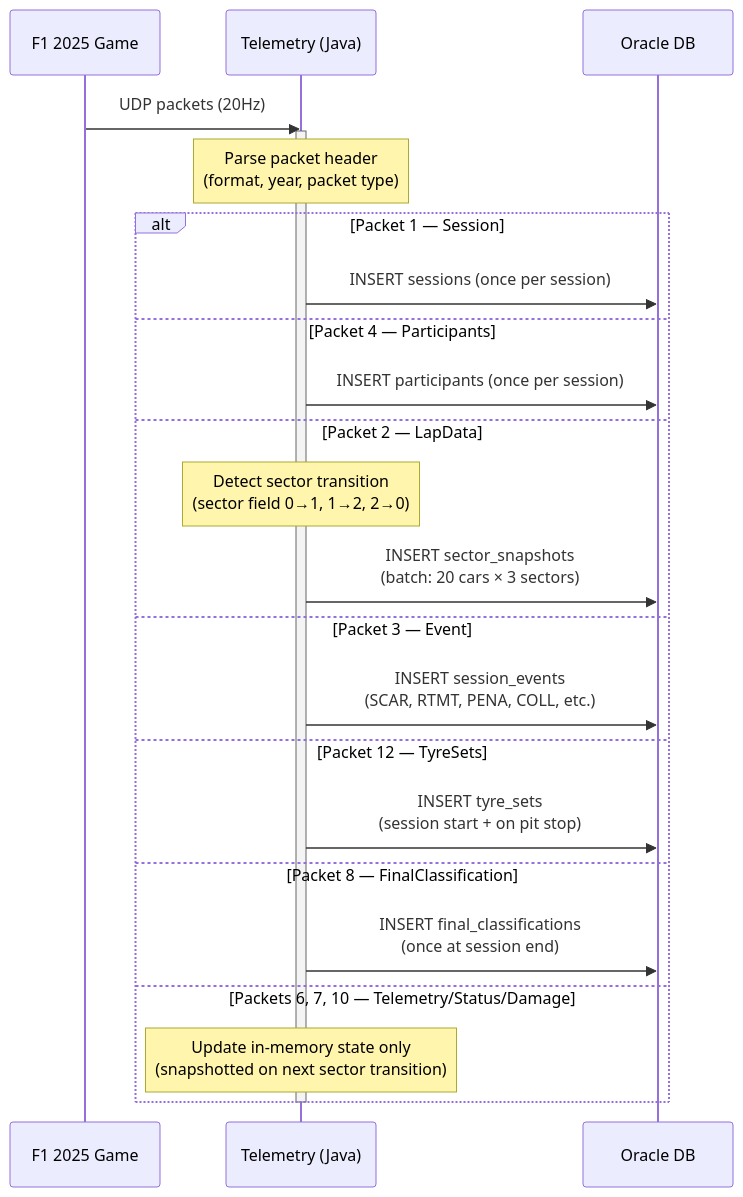
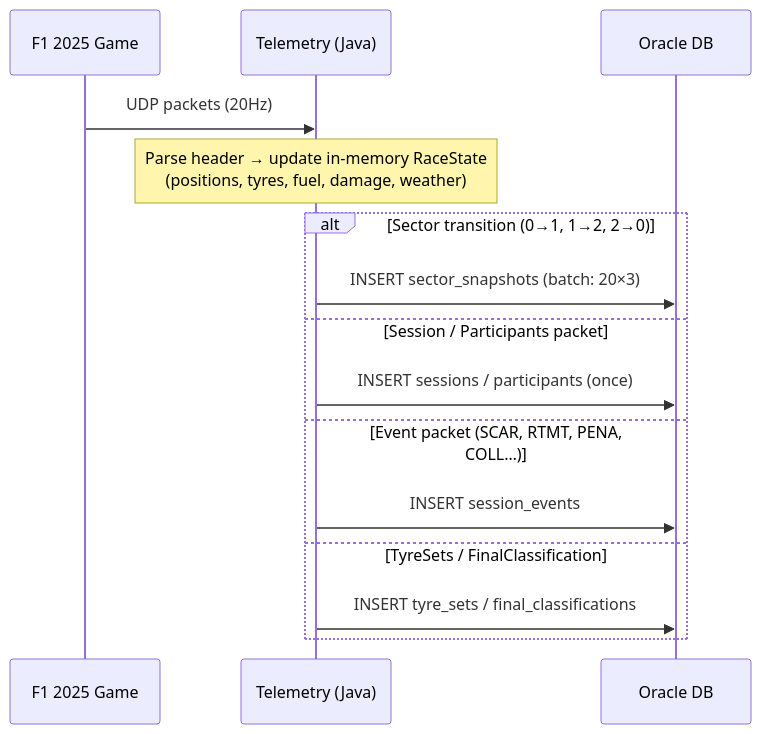
One commit to vmleon/f12025-race-strategy-simulation changed the second of 10 diagrams in design/06-INTEGRATION.md. Above: the diagram before and after it, drawn with Mermaid. The commit also changed other lines of this file and 2 other files, not shown here.

Commit message:
docs: consolidate integration doc around end-to-end data flows

````diff
--- a/design/06-INTEGRATION.md
+++ b/design/06-INTEGRATION.md
@@ -24,28 +81,18 @@
 ```mermaid
 sequenceDiagram
     participant Game as F1 2025 Game
-    participant Telemetry as Telemetry (Java)
+    participant Tele as Telemetry (Java)
     participant DB as Oracle DB
 
-    Game->>Telemetry: UDP packets (20Hz)
-    activate Telemetry
-    Note over Telemetry: Parse packet header<br/>(format, year, packet type)
-
-    alt Packet 1 — Session
-        Telemetry->>DB: INSERT sessions (once per session)
-    else Packet 4 — Participants
-        Telemetry->>DB: INSERT participants (once per session)
-    else Packet 2 — LapData
-        Note over Telemetry: Detect sector transition<br/>(sector field 0→1, 1→2, 2→0)
-        Telemetry->>DB: INSERT sector_snapshots<br/>(batch: 20 cars × 3 sectors)
-    else Packet 3 — Event
-        Telemetry->>DB: INSERT session_events<br/>(SCAR, RTMT, PENA, COLL, etc.)
-    else Packet 12 — TyreSets
-        Telemetry->>DB: INSERT tyre_sets<br/>(session start + on pit stop)
-    else Packet 8 — FinalClassification
-        Telemetry->>DB: INSERT final_classifications<br/>(once at session end)
-    else Packets 6, 7, 10 — Telemetry/Status/Damage
-        Note over Telemetry: Update in-memory state only<br/>(snapshotted on next sector transition)
+    Game->>Tele: UDP packets (20Hz)
+    Note over Tele: Parse header → update in-memory RaceState<br/>(positions, tyres, fuel, damage, weather)
+    alt Sector transition (0→1, 1→2, 2→0)
+        Tele->>DB: INSERT sector_snapshots (batch: 20×3)
+    else Session / Participants packet
+        Tele->>DB: INSERT sessions / participants (once)
+    else Event packet (SCAR, RTMT, PENA, COLL…)
+        Tele->>DB: INSERT session_events
+    else TyreSets / FinalClassification
+        Tele->>DB: INSERT tyre_sets / final_classifications
     end
-    deactivate Telemetry
 ```
````
